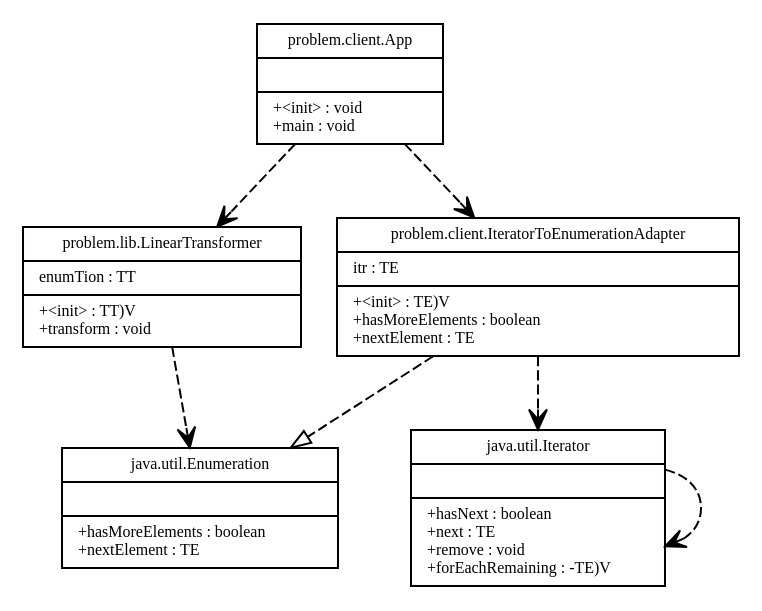
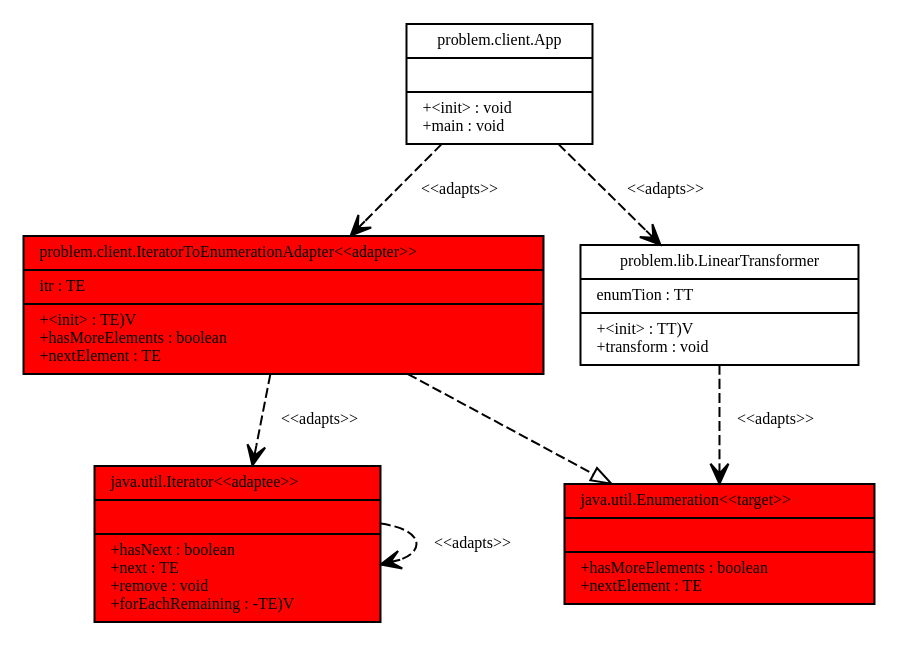
Before and after one commit to schnip/BluePizzaDiagrams: the diagram in dot/out.dot, drawn with Graphviz. The commit also changed 1 other file, not shown here.

```diff
--- a/dot/out.dot
+++ b/dot/out.dot
@@ -1,46 +1,52 @@
 digraph G {
 fontname = "Bitstream Vera Sans"
 fontsize = 8
 node [
 fontname = "Bitstream Vera Sans"
 fontsize = 8
 shape = "record"
 ]
 edge [
 fontname = "Bitstream Vera Sans"
 fontsize = 8
 ]
 problemclientApp [
 label = "{problem.client.App||+\<init\> : void\l+main : void\l}"
 ]
 problemclientIteratorToEnumerationAdapter [
-label = "{problem.client.IteratorToEnumerationAdapter|itr : TE\l|+\<init\> : TE)V\l+hasMoreElements : boolean\l+nextElement : TE\l}"
+fillcolor=red, style=filled,
+label = "{problem.client.IteratorToEnumerationAdapter
+\<\<adapter\>\>\l|itr : TE\l|+\<init\> : TE)V\l+hasMoreElements : boolean\l+nextElement : TE\l}"
 ]
 problemlibLinearTransformer [
 label = "{problem.lib.LinearTransformer|enumTion : TT\l|+\<init\> : TT)V\l+transform : void\l}"
 ]
 javautilEnumeration [
-label = "{java.util.Enumeration||+hasMoreElements : boolean\l+nextElement : TE\l}"
+fillcolor=red, style=filled,
+label = "{java.util.Enumeration
+\<\<target\>\>\l||+hasMoreElements : boolean\l+nextElement : TE\l}"
 ]
 javautilIterator [
-label = "{java.util.Iterator||+hasNext : boolean\l+next : TE\l+remove : void\l+forEachRemaining : -TE)V\l}"
+fillcolor=red, style=filled,
+label = "{java.util.Iterator
+\<\<adaptee\>\>\l||+hasNext : boolean\l+next : TE\l+remove : void\l+forEachRemaining : -TE)V\l}"
 ]
 edge [ arrowhead = "empty", style = "dashed" 
  ]
 problemclientIteratorToEnumerationAdapter -> javautilEnumeration
 edge [ arrowhead = "vee", style = "dashed" 
- ]
+, label = "\<\<adapts\>\>" ]
 problemclientIteratorToEnumerationAdapter -> javautilIterator
 edge [ arrowhead = "vee", style = "dashed" 
  ]
 problemclientApp -> problemlibLinearTransformer
 edge [ arrowhead = "vee", style = "dashed" 
  ]
 problemclientApp -> problemclientIteratorToEnumerationAdapter
 edge [ arrowhead = "vee", style = "dashed" 
  ]
 problemlibLinearTransformer -> javautilEnumeration
 edge [ arrowhead = "vee", style = "dashed" 
  ]
 javautilIterator -> javautilIterator
 }
```
